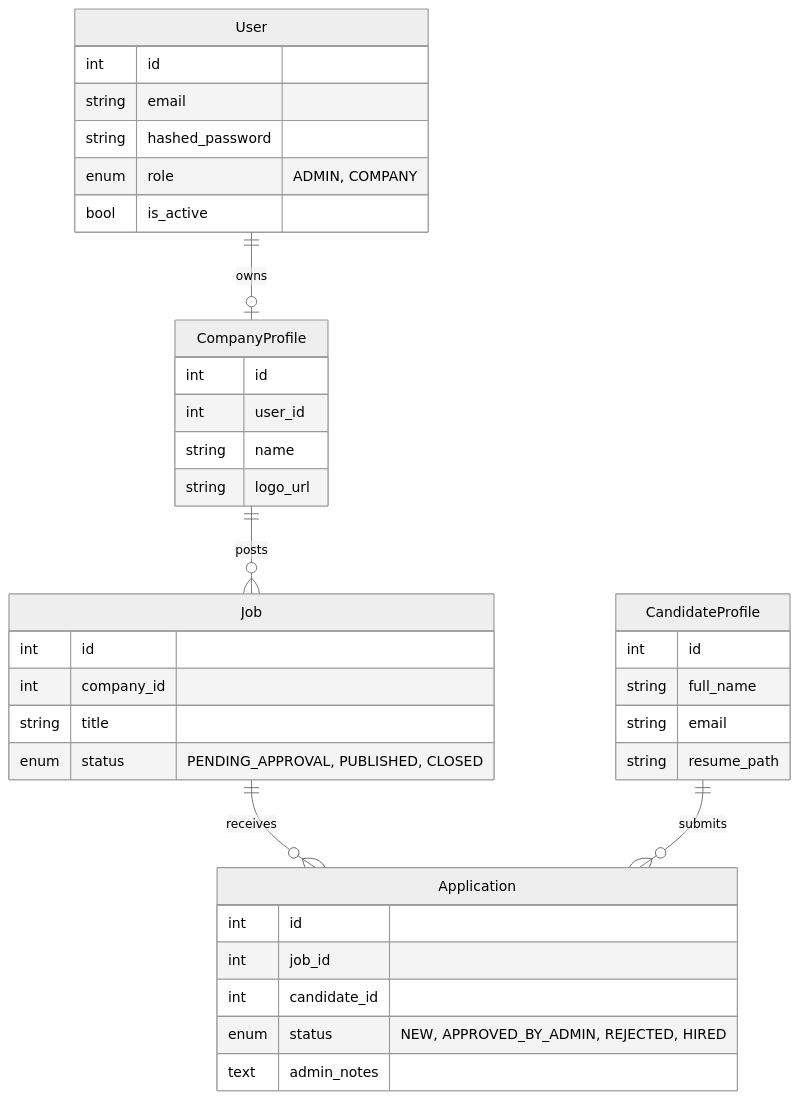
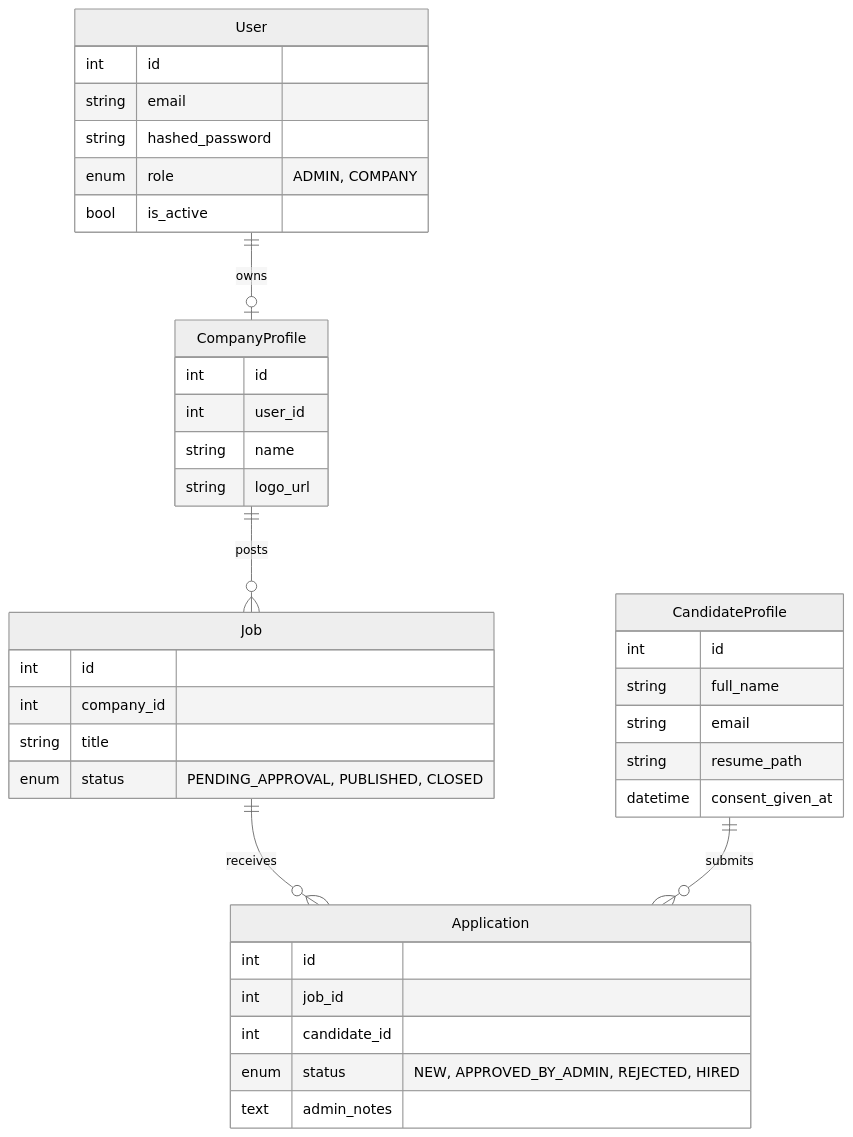
One commit to lahavrud/rs-recruitment changed the diagram in README.md. Above: the diagram before and after it, drawn with Mermaid (neutral theme). The commit also changed other lines of this file and 3 other files, not shown here.

````diff
--- a/README.md
+++ b/README.md
@@ -73,40 +68,41 @@
 ```mermaid
 erDiagram
     User ||--o| CompanyProfile : owns
     CompanyProfile ||--o{ Job : posts
     Job ||--o{ Application : receives
     CandidateProfile ||--o{ Application : submits
 
     User {
         int id
         string email
         string hashed_password
         enum role "ADMIN, COMPANY"
         bool is_active
     }
     CompanyProfile {
         int id
         int user_id
         string name
         string logo_url
     }
     Job {
         int id
         int company_id
         string title
         enum status "PENDING_APPROVAL, PUBLISHED, CLOSED"
     }
     CandidateProfile {
         int id
         string full_name
         string email
         string resume_path
+        datetime consent_given_at
     }
     Application {
         int id
         int job_id
         int candidate_id
         enum status "NEW, APPROVED_BY_ADMIN, REJECTED, HIRED"
         text admin_notes
     }
 ```
````
